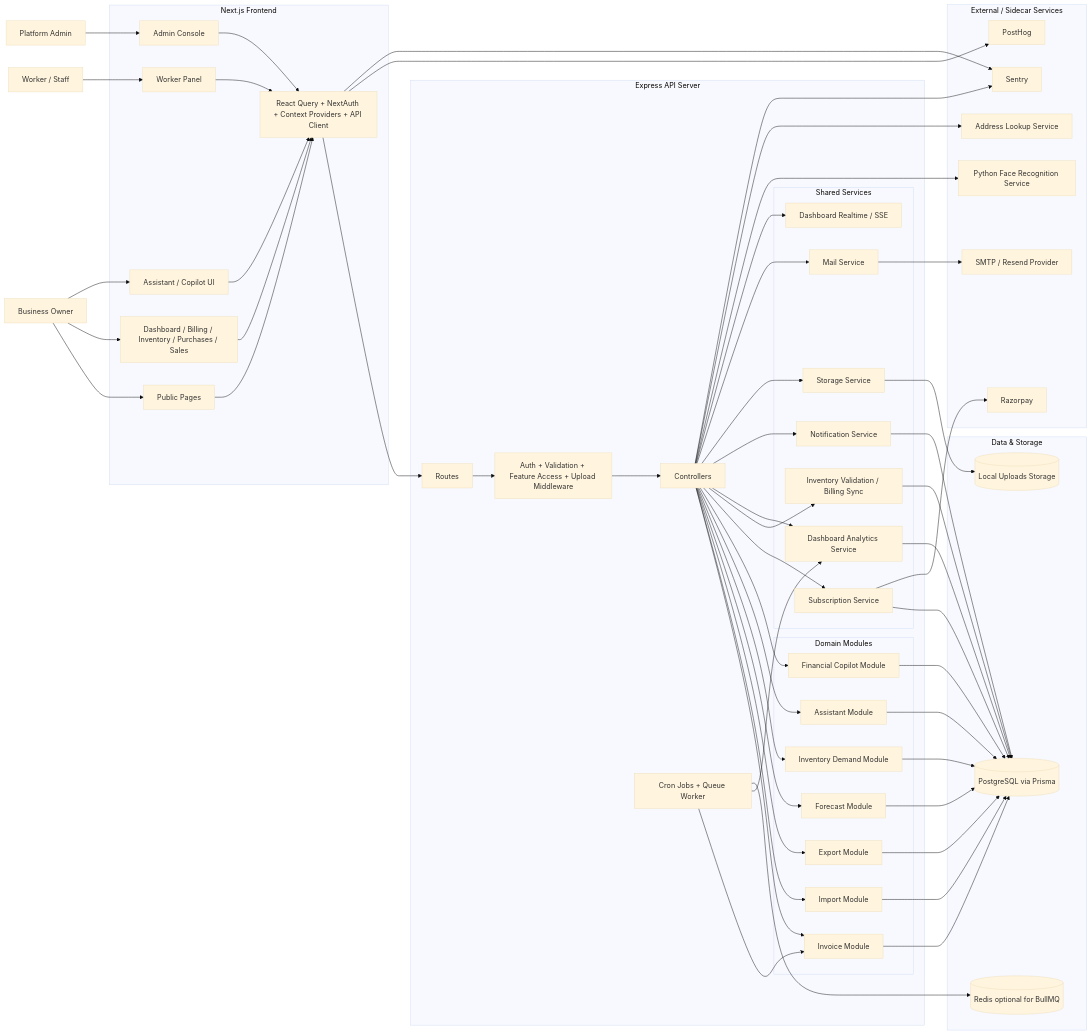
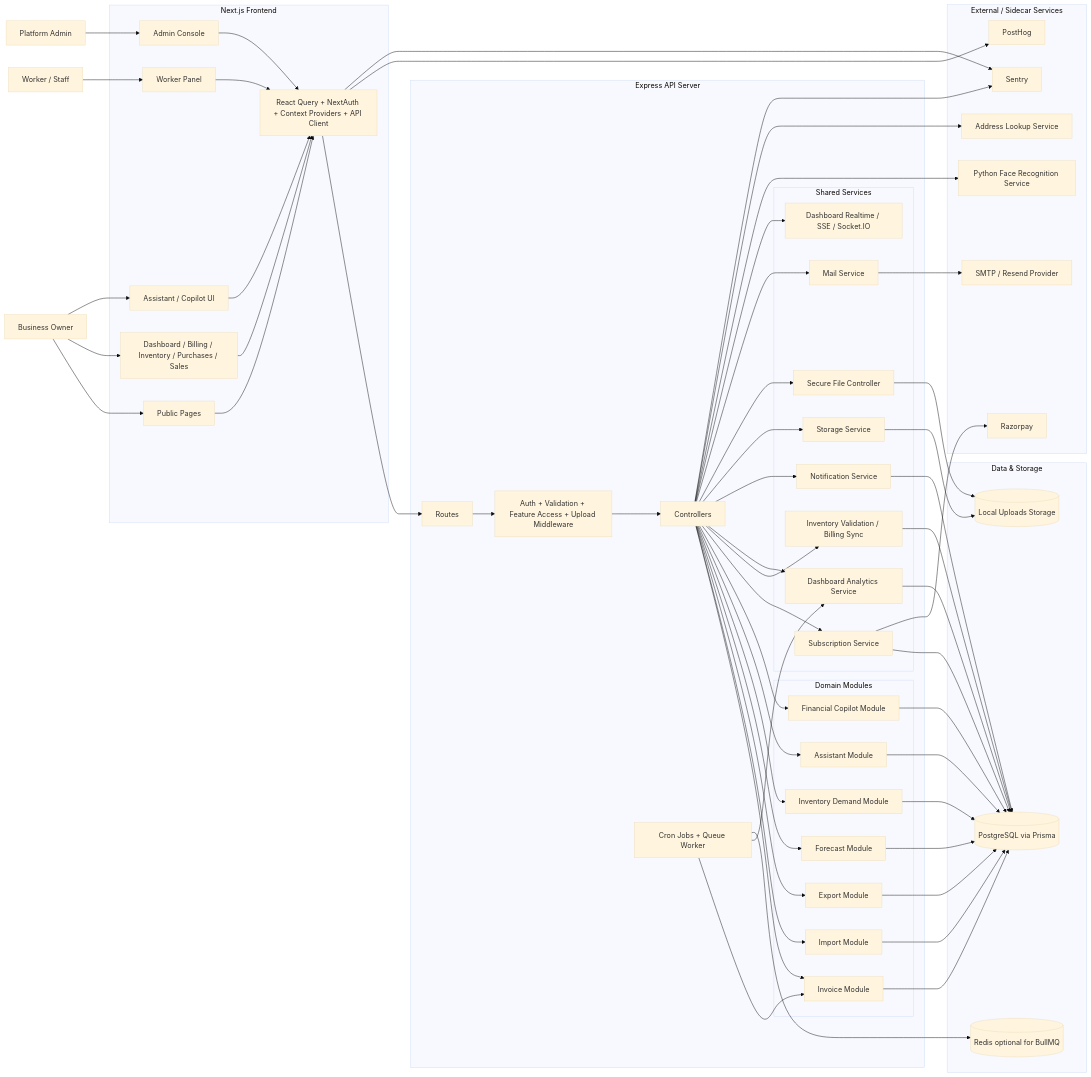
Before and after one commit to BillSutra/BillSutra: the diagram in SYSTEM_ARCHITECTURE_DIAGRAM.md, drawn with Mermaid (base theme). The commit also changed other lines of this file and 13 other files, not shown here.

```diff
--- a/SYSTEM_ARCHITECTURE_DIAGRAM.md
+++ b/SYSTEM_ARCHITECTURE_DIAGRAM.md
@@ -40,7 +40,8 @@
       NotificationSvc[Notification Service]
       StorageSvc[Storage Service]
       MailSvc[Mail Service]
-      RealtimeSvc[Dashboard Realtime / SSE]
+    RealtimeSvc[Dashboard Realtime / SSE / Socket.IO]
+    SecureFiles[Secure File Controller]
     end
 
     Jobs[Cron Jobs + Queue Worker]
@@ -95,6 +96,7 @@
   Controllers --> AnalyticsSvc
   Controllers --> NotificationSvc
   Controllers --> StorageSvc
+  Controllers --> SecureFiles
   Controllers --> MailSvc
   Controllers --> RealtimeSvc
   Jobs --> InvoiceModule
@@ -114,6 +116,7 @@
   AnalyticsSvc --> Postgres
   NotificationSvc --> Postgres
   StorageSvc --> Uploads
+  SecureFiles --> Uploads
 
   %% External integrations
   Controllers --> FaceService
```
